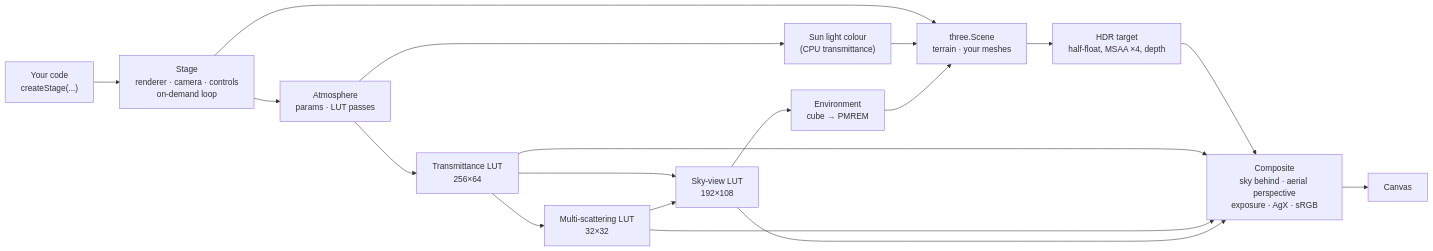
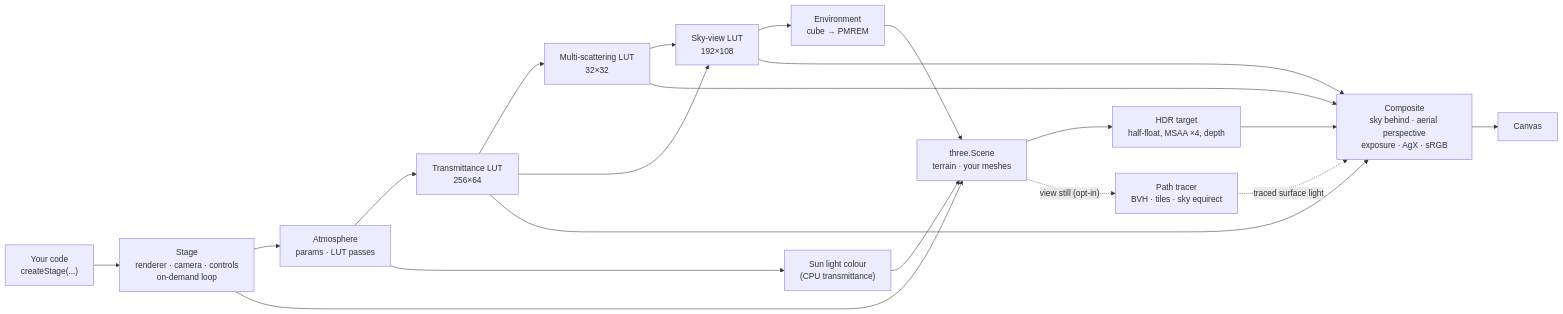
One commit to amalmehta/Firstlight changed the diagram in docs/SYSTEM-DESIGN.md. Above: the diagram before and after it, drawn with Mermaid. The commit also changed other lines of this file and 23 other files, not shown here.

First line of the commit message:
Settle to path-traced light when the view is still

````diff
--- a/docs/SYSTEM-DESIGN.md
+++ b/docs/SYSTEM-DESIGN.md
@@ -27,20 +27,22 @@
 ```mermaid
 flowchart LR
   U["Your code<br/>createStage(...)"] --> S["Stage<br/>renderer · camera · controls<br/>on-demand loop"]
   S --> A["Atmosphere<br/>params · LUT passes"]
   A --> T["Transmittance LUT<br/>256×64"]
   T --> M["Multi-scattering LUT<br/>32×32"]
   T --> V["Sky-view LUT<br/>192×108"]
   M --> V
   S --> SC["three.Scene<br/>terrain · your meshes"]
   A --> L["Sun light colour<br/>(CPU transmittance)"]
   V --> E["Environment<br/>cube → PMREM"]
   L --> SC
   E --> SC
   SC --> H["HDR target<br/>half-float, MSAA ×4, depth"]
   H --> C["Composite<br/>sky behind · aerial perspective<br/>exposure · AgX · sRGB"]
   T --> C
   M --> C
   V --> C
+  SC -. "view still (opt-in)" .-> P["Path tracer<br/>BVH · tiles · sky equirect"]
+  P -. "traced surface light" .-> C
   C --> O["Canvas"]
 ```
````
